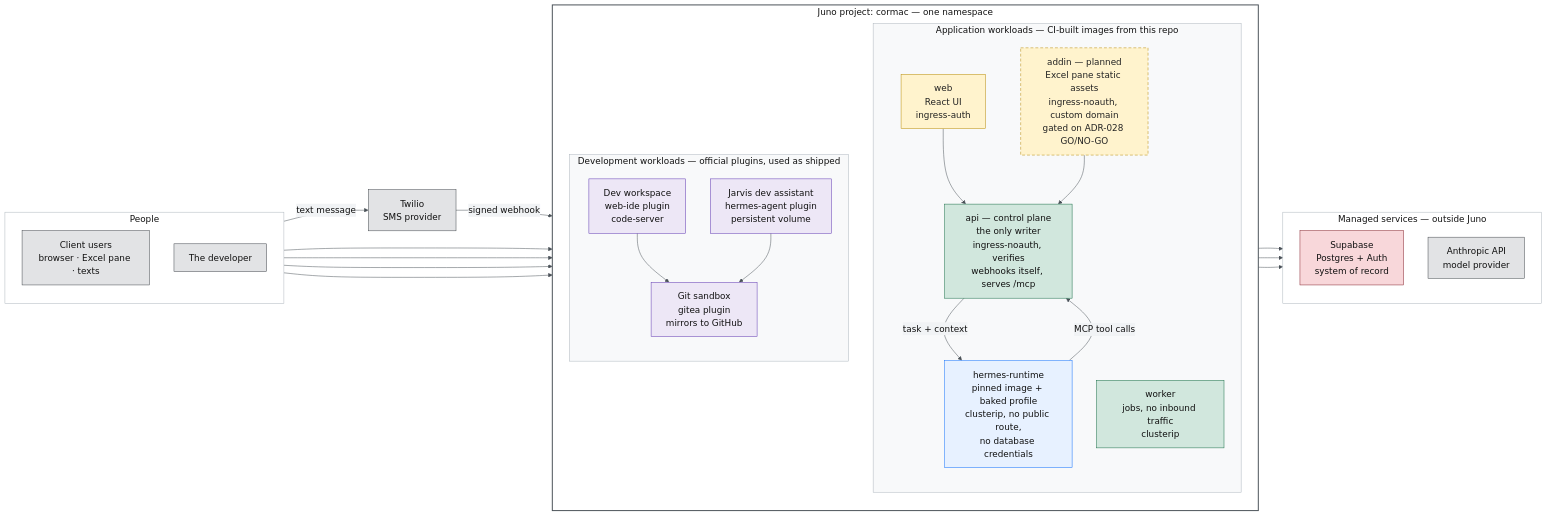
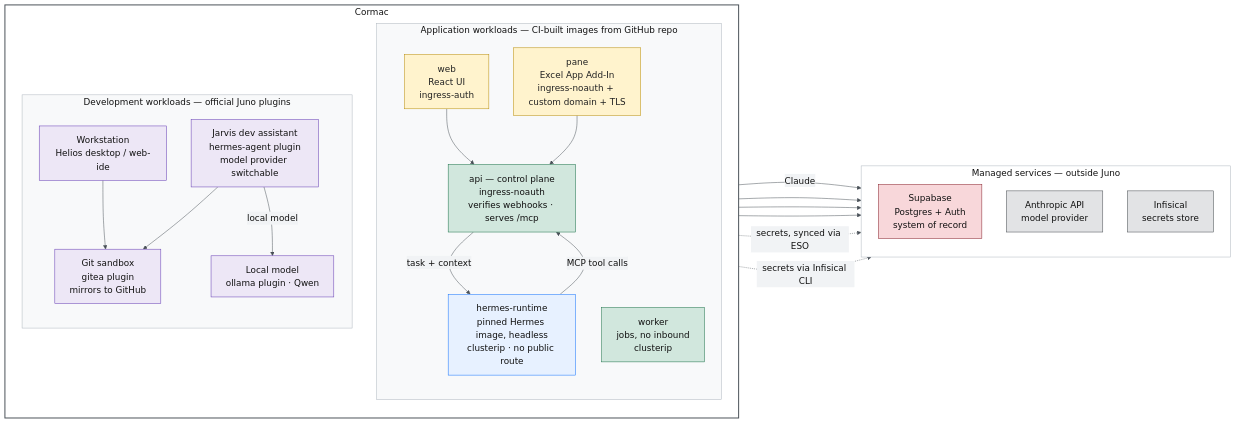
Before and after one commit to Serenica-Digital/Cormac: the diagram in docs/prd/juno-platform-pilot.md, drawn with Mermaid. The commit also changed other lines of this file and 6 other files, not shown here.

```diff
--- a/docs/prd/juno-platform-pilot.md
+++ b/docs/prd/juno-platform-pilot.md
@@ -79,29 +58,22 @@
   "titleColor": "#111111"
 }}}%%
 flowchart LR
-  subgraph people["People"]
+  subgraph juno["Cormac"]
     direction TB
-    clients["Client users\nbrowser · Excel pane · texts"]
-    developer["The developer"]
-  end
-
-  twilio["Twilio\nSMS provider"]
-
-  subgraph juno["Juno project: cormac — one namespace"]
-    direction TB
-    subgraph appw["Application workloads — CI-built images from this repo"]
+    subgraph appw["Application workloads — CI-built images from GitHub repo"]
       direction TB
       web["web\nReact UI\ningress-auth"]
-      pane["addin — planned\nExcel pane static assets\ningress-noauth, custom domain\ngated on ADR-028 GO/NO-GO"]
-      api["api — control plane\nthe only writer\ningress-noauth, verifies\nwebhooks itself, serves /mcp"]
-      worker["worker\njobs, no inbound traffic\nclusterip"]
-      hermes["hermes-runtime\npinned image + baked profile\nclusterip, no public route,\nno database credentials"]
+      pane["pane\nExcel App Add-In\ningress-noauth + custom domain + TLS"]
+      api["api — control plane\ningress-noauth\nverifies webhooks · serves /mcp"]
+      worker["worker\njobs, no inbound\nclusterip"]
+      hermes["hermes-runtime\npinned Hermes image, headless\nclusterip · no public route"]
     end
-    subgraph devw["Development workloads — official plugins, used as shipped"]
+    subgraph devw["Development workloads — official Juno plugins"]
       direction TB
-      ide["Dev workspace\nweb-ide plugin\ncode-server"]
-      jarvis["Jarvis dev assistant\nhermes-agent plugin\npersistent volume"]
+      ide["Workstation\nHelios desktop / web-ide"]
+      jarvis["Jarvis dev assistant\nhermes-agent plugin\nmodel provider switchable"]
       gitea["Git sandbox\ngitea plugin\nmirrors to GitHub"]
+      ollama["Local model\nollama plugin · Qwen"]
     end
   end
 
@@ -109,14 +81,8 @@
     direction TB
     supa["Supabase\nPostgres + Auth\nsystem of record"]
     anthropic["Anthropic API\nmodel provider"]
+    infisical["Infisical\nsecrets store"]
   end
-
-  clients --> web
-  clients --> pane
-  clients -->|"text message"| twilio
-  twilio -->|"signed webhook"| api
-  developer --> ide
-  developer --> jarvis
 
   web --> api
   pane --> api
@@ -124,28 +90,29 @@
   hermes -->|"MCP tool calls"| api
   ide --> gitea
   jarvis --> gitea
+  jarvis -->|"local model"| ollama
+  jarvis -->|"Claude"| anthropic
 
   api --> supa
   worker --> supa
   hermes --> anthropic
+  api -.->|"secrets, synced via ESO"| infisical
+  ide -.->|"secrets via Infisical CLI"| infisical
 
   classDef surface fill:#fff3cd,stroke:#b58900,color:#222;
-  classDef plannedSurface fill:#fff3cd,stroke:#b58900,color:#222,stroke-dasharray:6 4;
   classDef trust fill:#d1e7dd,stroke:#146c43,color:#111;
   classDef runtime fill:#e7f1ff,stroke:#0d6efd,color:#111;
   classDef data fill:#f8d7da,stroke:#842029,color:#111;
   classDef third fill:#e2e3e5,stroke:#41464b,color:#111;
   classDef devtool fill:#ede7f6,stroke:#5e35b1,color:#111;
 
-  class web surface;
-  class pane plannedSurface;
+  class web,pane surface;
   class api,worker trust;
   class hermes runtime;
   class supa data;
-  class anthropic,twilio,developer,clients third;
-  class ide,jarvis,gitea devtool;
+  class anthropic,infisical third;
+  class ide,jarvis,gitea,ollama devtool;
 
-  style people fill:#ffffff,stroke:#adb5bd,color:#111111;
   style juno fill:#ffffff,stroke:#495057,stroke-width:2px,color:#111111;
   style appw fill:#f8f9fa,stroke:#adb5bd,color:#111111;
   style devw fill:#f8f9fa,stroke:#adb5bd,color:#111111;
```
